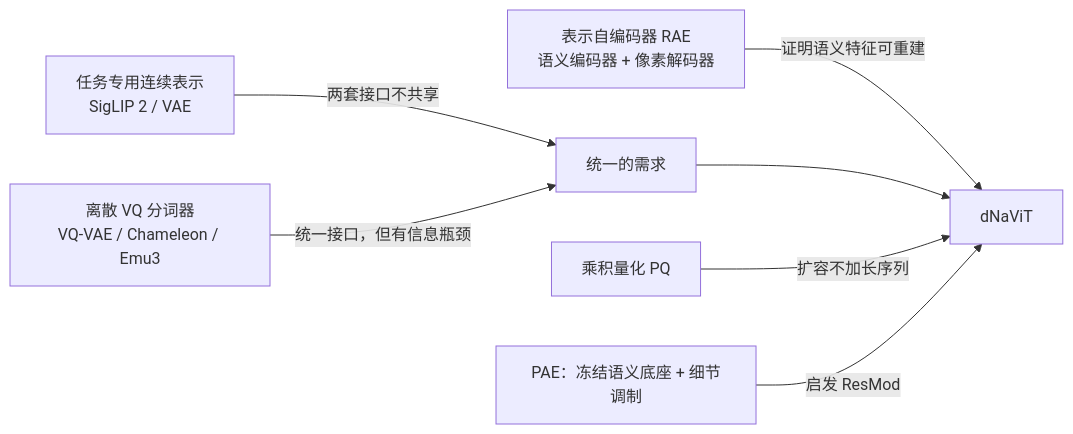
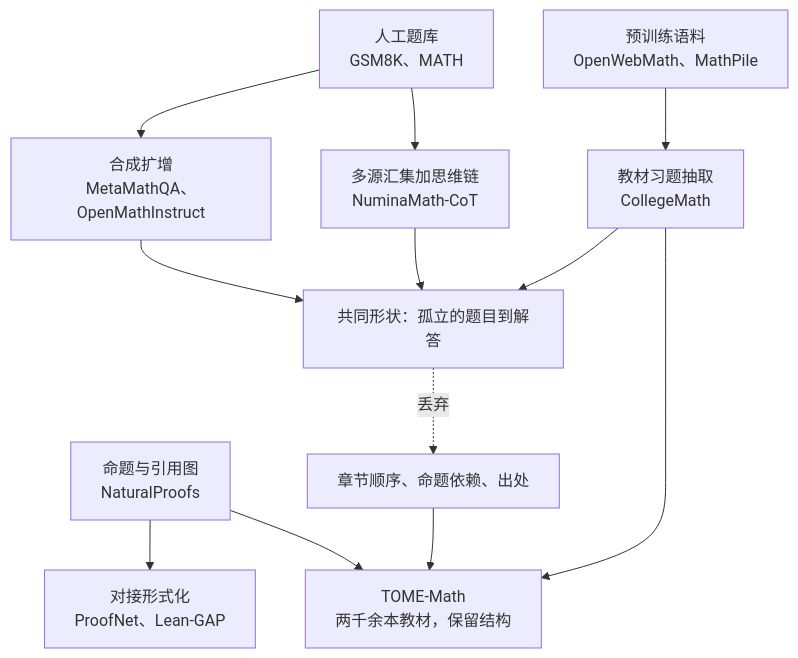
Before and after one commit to yingwang/paper-reads: the first of 4 diagrams in docs/index.md, drawn with Mermaid. The commit also changed other lines of this file and 2 other files, not shown here.

First line of the commit message:
Add 2026-11-12-tome-math-structured-textbook-proof-supervision

````diff
--- a/docs/index.md
+++ b/docs/index.md
@@ -70,9 +66,14 @@
 ```mermaid
-flowchart LR
-    A["任务专用连续表示<br/>SigLIP 2 / VAE"] -->|"两套接口不共享"| X["统一的需求"]
-    B["表示自编码器 RAE<br/>语义编码器 + 像素解码器"] -->|"证明语义特征可重建"| D["dNaViT"]
-    C["离散 VQ 分词器<br/>VQ-VAE / Chameleon / Emu3"] -->|"统一接口，但有信息瓶颈"| X
-    X --> D
-    E["乘积量化 PQ"] -->|"扩容不加长序列"| D
-    F["PAE：冻结语义底座 + 细节调制"] -->|"启发 ResMod"| D
+graph TD
+  A["人工题库<br/>GSM8K、MATH"] --> B["合成扩增<br/>MetaMathQA、OpenMathInstruct"]
+  A --> C["多源汇集加思维链<br/>NuminaMath-CoT"]
+  D["预训练语料<br/>OpenWebMath、MathPile"] --> E["教材习题抽取<br/>CollegeMath"]
+  F["命题与引用图<br/>NaturalProofs"] --> G["对接形式化<br/>ProofNet、Lean-GAP"]
+  B --> H["共同形状：孤立的题目到解答"]
+  C --> H
+  E --> H
+  H -.->|丢弃| I["章节顺序、命题依赖、出处"]
+  F --> J["TOME-Math<br/>两千余本教材，保留结构"]
+  E --> J
+  I --> J
 ```
````
